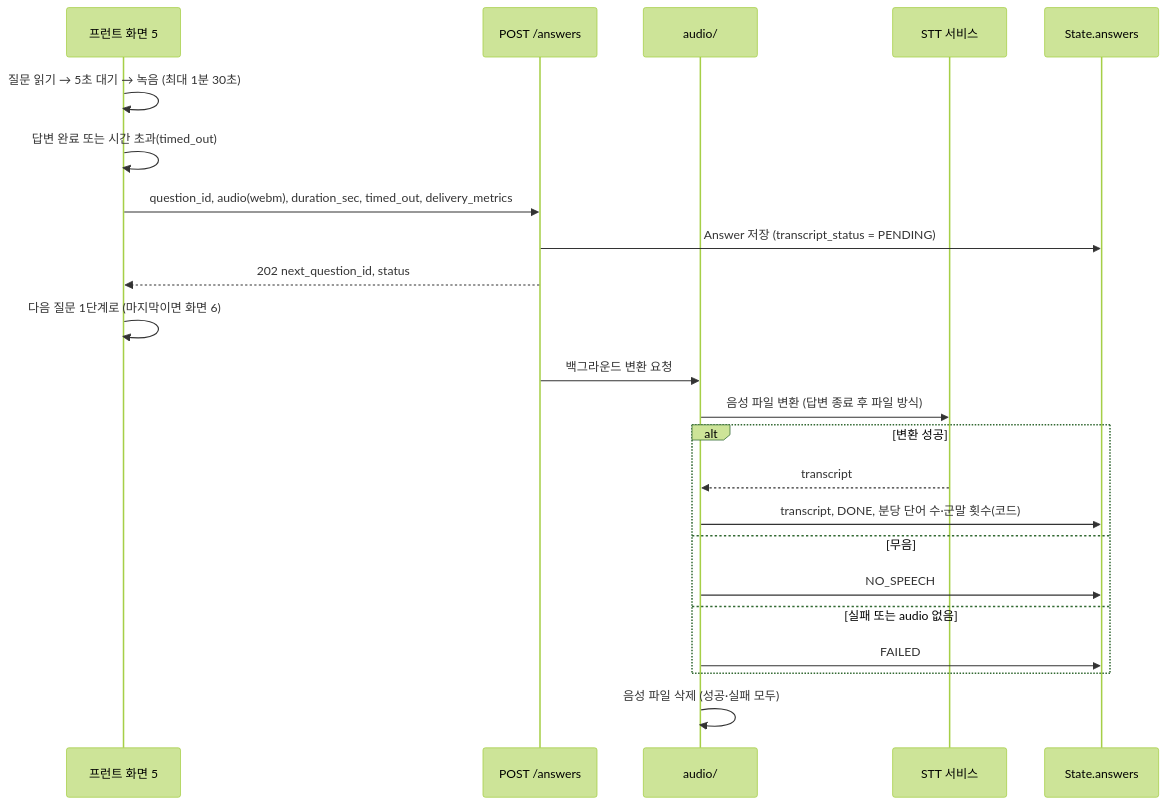
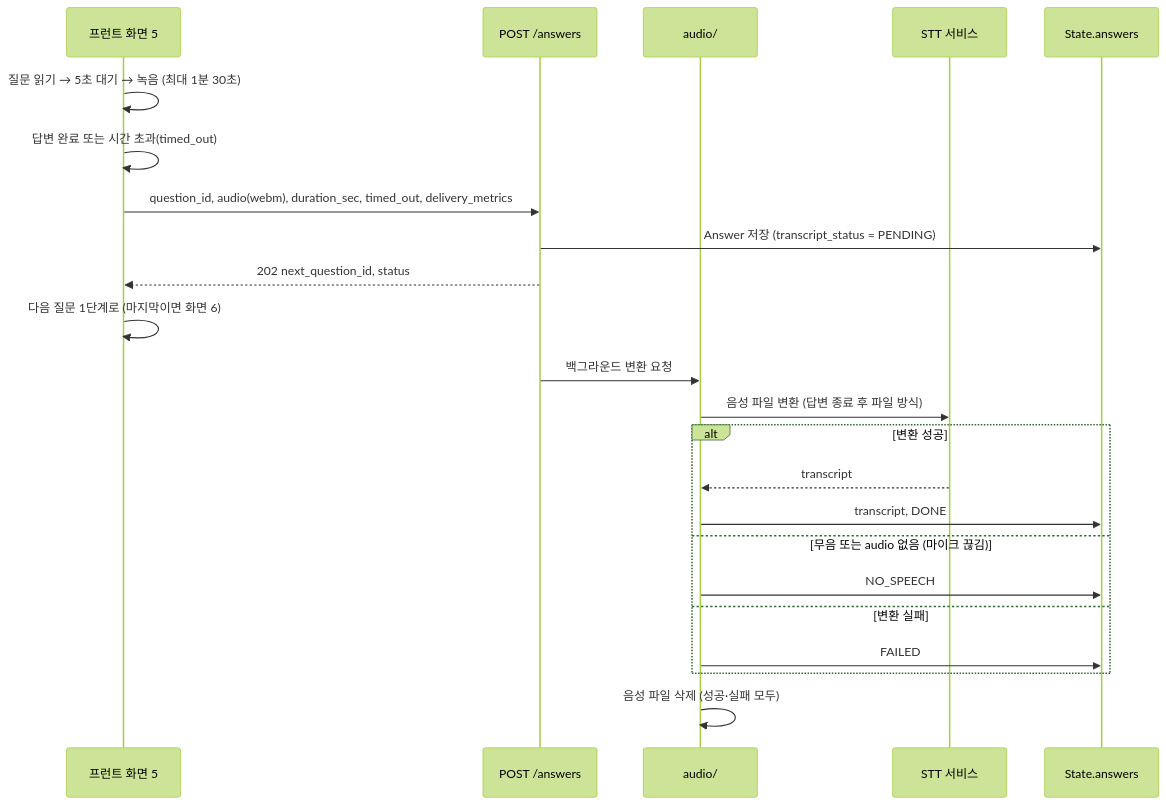
The fifth of 6 diagrams in docs/05-architecture.md (skkuls-ai/interview_simulation_agent), drawn with Mermaid (forest theme) before and after one commit. The commit also changed other lines of this file and 4 other files, not shown here.

````diff
--- a/docs/05-architecture.md
+++ b/docs/05-architecture.md
@@ -135,25 +136,25 @@
 ```mermaid
 sequenceDiagram
     participant FE as 프런트 화면 5
     participant API as POST /answers
     participant AU as audio/
     participant STT as STT 서비스
     participant ST as State.answers
     FE->>FE: 질문 읽기 → 5초 대기 → 녹음 (최대 1분 30초)
     FE->>FE: 답변 완료 또는 시간 초과(timed_out)
     FE->>API: question_id, audio(webm), duration_sec, timed_out, delivery_metrics
     API->>ST: Answer 저장 (transcript_status = PENDING)
     API-->>FE: 202 next_question_id, status
     FE->>FE: 다음 질문 1단계로 (마지막이면 화면 6)
     API->>AU: 백그라운드 변환 요청
     AU->>STT: 음성 파일 변환 (답변 종료 후 파일 방식)
     alt 변환 성공
         STT-->>AU: transcript
-        AU->>ST: transcript, DONE, 분당 단어 수·군말 횟수(코드)
-    else 무음
+        AU->>ST: transcript, DONE
+    else 무음 또는 audio 없음 (마이크 끊김)
         AU->>ST: NO_SPEECH
-    else 실패 또는 audio 없음
+    else 변환 실패
         AU->>ST: FAILED
     end
     AU->>AU: 음성 파일 삭제 (성공·실패 모두)
 ```
````
